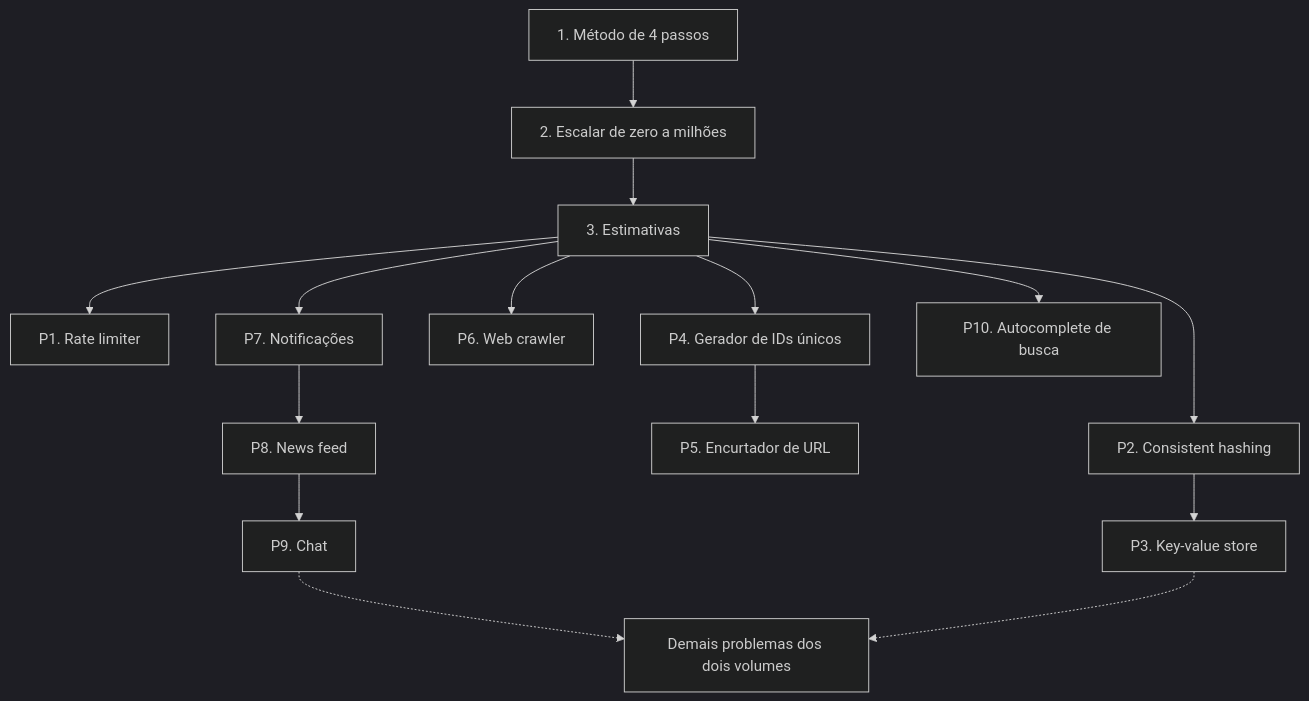
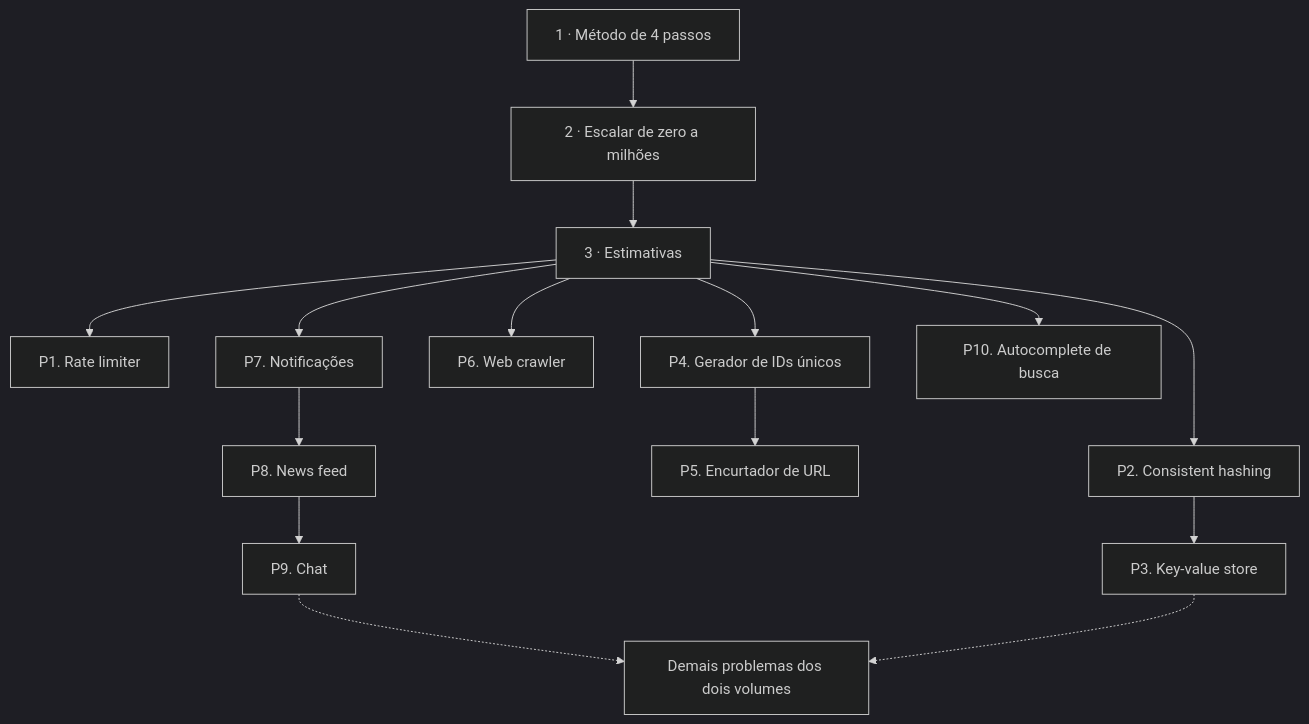
One commit to ogatalars/guia_software_engineering_teorico changed the diagram in content/pt-br/system-design/system-design-interview/index.md. Above: the diagram before and after it, drawn with Mermaid (dark theme). The commit also changed 12 other files, not shown here.

First line of the commit message:
fix(content): corrige diagramas Mermaid com rótulos iniciados por 'N.'

````diff
--- a/content/pt-br/system-design/system-design-interview/index.md
+++ b/content/pt-br/system-design/system-design-interview/index.md
@@ -28,17 +28,17 @@
 ```mermaid
 flowchart TB
-    M["1. Método de 4 passos"] --> E["2. Escalar de zero a milhões"]
-    E --> N["3. Estimativas"]
+    M["1 · Método de 4 passos"] --> E["2 · Escalar de zero a milhões"]
+    E --> N["3 · Estimativas"]
     N --> RL["P1. Rate limiter"]
     N --> CH["P2. Consistent hashing"]
     CH --> KV["P3. Key-value store"]
     N --> ID["P4. Gerador de IDs únicos"]
     ID --> URL["P5. Encurtador de URL"]
     N --> WC["P6. Web crawler"]
     N --> NT["P7. Notificações"]
     NT --> NF["P8. News feed"]
     NF --> CT["P9. Chat"]
     N --> AC["P10. Autocomplete de busca"]
     CT -.-> V["Demais problemas dos dois volumes"]
     KV -.-> V
 ```
````
